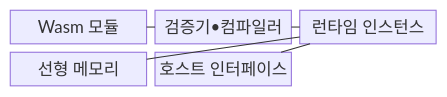
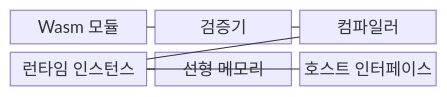
One commit to agnusdei1207/knowledge-base changed the first of 2 diagrams in src/content/docs/notes/08-latest-tech/166_webassembly.md. Above: the diagram before and after it, drawn with Mermaid. The commit also changed other lines of this file and 20 other files, not shown here.

````diff
--- a/src/content/docs/notes/08-latest-tech/166_webassembly.md
+++ b/src/content/docs/notes/08-latest-tech/166_webassembly.md
@@ -72,13 +76,15 @@
 ```mermaid
 block-beta
   columns 3
   A["Wasm 모듈"]
-  B["검증기•컴파일러"]
+  B["검증기"]
+  F["컴파일러"]
   C["런타임 인스턴스"]
   D["선형 메모리"]
   E["호스트 인터페이스"]
   A --- B
-  B --- C
+  B --- F
+  F --- C
   C --- D
   C --- E
 ```
````
